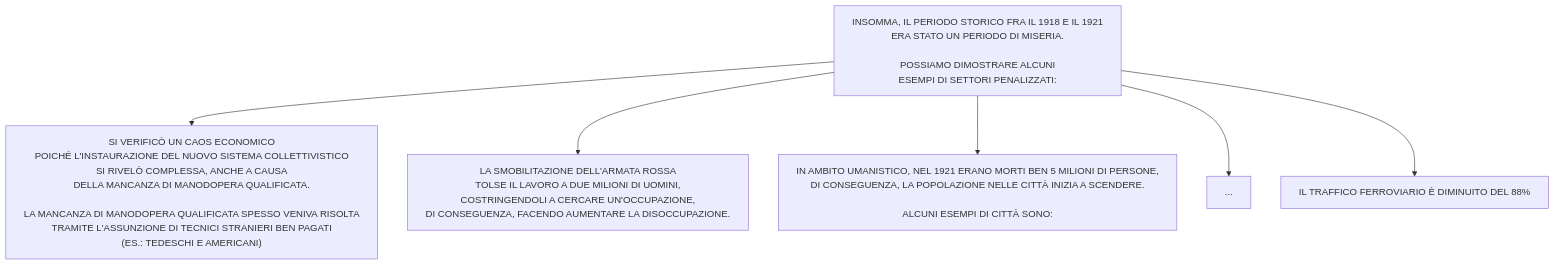
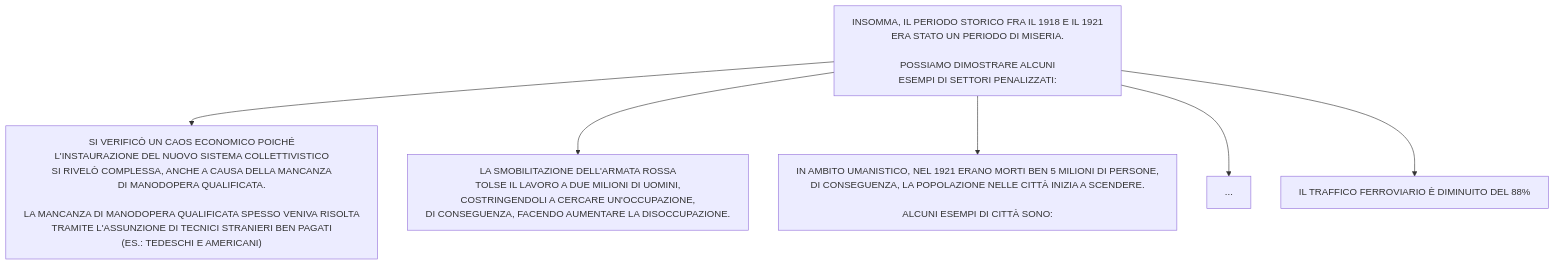
One commit to Laaouatni/ricerca-storia-MermaidJS changed diagram 18 of 18 in stalinismoRiscrittura.md. Above: the diagram before and after it, drawn with Mermaid.

````diff
--- a/stalinismoRiscrittura.md
+++ b/stalinismoRiscrittura.md
@@ -350,11 +350,11 @@
 ```mermaid
 %%{init: { "flowchart": { "wrappingWidth": 800 } }}%%
 flowchart TB
   0[INSOMMA, IL PERIODO STORICO FRA IL 1918 E IL 1921 <BR>ERA STATO UN PERIODO DI MISERIA. <BR><BR>POSSIAMO DIMOSTRARE ALCUNI <br> ESEMPI DI SETTORI PENALIZZATI:]
-  1["SI VERIFICÒ UN CAOS ECONOMICO <br>POICHÉ L'INSTAURAZIONE DEL NUOVO SISTEMA COLLETTIVISTICO<br> SI RIVELÒ COMPLESSA, ANCHE A CAUSA <br>DELLA MANCANZA DI MANODOPERA QUALIFICATA. <br><br>LA MANCANZA DI MANODOPERA QUALIFICATA SPESSO VENIVA RISOLTA <br>TRAMITE L'ASSUNZIONE DI TECNICI STRANIERI BEN PAGATI <br>(ES.: TEDESCHI E AMERICANI)"]
+  1["SI VERIFICÒ UN CAOS ECONOMICO POICHÉ <br>L'INSTAURAZIONE DEL NUOVO SISTEMA COLLETTIVISTICO<br> SI RIVELÒ COMPLESSA, ANCHE A CAUSA DELLA MANCANZA<br> DI MANODOPERA QUALIFICATA. <br><br>LA MANCANZA DI MANODOPERA QUALIFICATA SPESSO VENIVA RISOLTA <br>TRAMITE L'ASSUNZIONE DI TECNICI STRANIERI BEN PAGATI <br>(ES.: TEDESCHI E AMERICANI)"]
   2[LA SMOBILITAZIONE DELL'ARMATA ROSSA <br>TOLSE IL LAVORO A DUE MILIONI DI UOMINI, <br>COSTRINGENDOLI A CERCARE UN'OCCUPAZIONE, <br> DI CONSEGUENZA, FACENDO AUMENTARE LA DISOCCUPAZIONE.]
   3[IN AMBITO UMANISTICO, NEL 1921 ERANO MORTI BEN 5 MILIONI DI PERSONE, <br>DI CONSEGUENZA, LA POPOLAZIONE NELLE CITTÀ INIZIA A SCENDERE. <br><br>ALCUNI ESEMPI DI CITTÀ SONO:]
   4[...]
   5[IL TRAFFICO FERROVIARIO È DIMINUITO DEL 88%]
   0 --> 1 & 2 & 3 & 4 & 5
 ```
````
